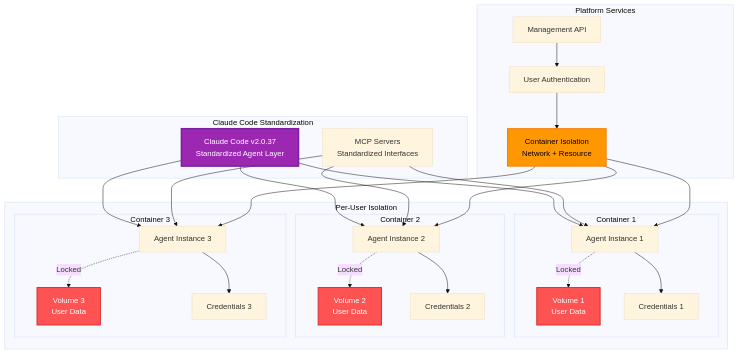
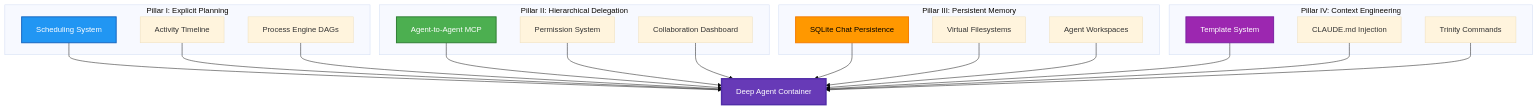
One commit to webmixgamer/trinity changed the second of 15 diagrams in docs/trinity-architecture-diagrams.md. Above: the diagram before and after it, drawn with Mermaid (base theme). The commit also changed other lines of this file and 83 other files, not shown here.

First line of the commit message:
feat: Skills management system and documentation updates

````diff
--- a/docs/trinity-architecture-diagrams.md
+++ b/docs/trinity-architecture-diagrams.md
@@ -66,61 +74,47 @@
 ```mermaid
 graph TB
-    subgraph "Claude Code Standardization"
-        CC[Claude Code v2.0.37<br/>Standardized Agent Layer]
-        MCP[MCP Servers<br/>Standardized Interfaces]
+    subgraph "Pillar I: Explicit Planning"
+        P1A[Scheduling System]
+        P1B[Activity Timeline]
+        P1C[Process Engine DAGs]
     end
-    
-    subgraph "Per-User Isolation"
-        subgraph Container1["Container 1"]
-            A1[Agent Instance 1]
-            V1[Volume 1<br/>User Data]
-            C1[Credentials 1]
-        end
-        
-        subgraph Container2["Container 2"]
-            A2[Agent Instance 2]
-            V2[Volume 2<br/>User Data]
-            C2[Credentials 2]
-        end
-        
-        subgraph Container3["Container 3"]
-            A3[Agent Instance 3]
-            V3[Volume 3<br/>User Data]
-            C3[Credentials 3]
-        end
+
+    subgraph "Pillar II: Hierarchical Delegation"
+        P2A[Agent-to-Agent MCP]
+        P2B[Permission System]
+        P2C[Collaboration Dashboard]
     end
-    
-    subgraph "Platform Services"
-        API[Management API]
-        AUTH[User Authentication]
-        ISO[Container Isolation<br/>Network + Resource]
+
+    subgraph "Pillar III: Persistent Memory"
+        P3A[SQLite Chat Persistence]
+        P3B[Virtual Filesystems]
+        P3C[Agent Workspaces]
     end
-    
-    CC --> A1
-    CC --> A2
-    CC --> A3
-    
-    MCP --> A1
-    MCP --> A2
-    MCP --> A3
-    
-    A1 -.->|Locked| V1
-    A2 -.->|Locked| V2
-    A3 -.->|Locked| V3
-    
-    A1 --> C1
-    A2 --> C2
-    A3 --> C3
-    
-    API --> AUTH
-    AUTH --> ISO
-    ISO --> A1
-    ISO --> A2
-    ISO --> A3
-    
-    style CC fill:#9C27B0,stroke:#7B1FA2,stroke-width:3px,color:#fff
-    style V1 fill:#FF5252,stroke:#D32F2F,stroke-width:2px,color:#fff
-    style V2 fill:#FF5252,stroke:#D32F2F,stroke-width:2px,color:#fff
-    style V3 fill:#FF5252,stroke:#D32F2F,stroke-width:2px,color:#fff
-    style ISO fill:#FF9800,stroke:#F57C00,stroke-width:2px,color:#000
+
+    subgraph "Pillar IV: Context Engineering"
+        P4A[Template System]
+        P4B[CLAUDE.md Injection]
+        P4C[Trinity Commands]
+    end
+
+    AGENT[Deep Agent Container]
+
+    P1A --> AGENT
+    P1B --> AGENT
+    P1C --> AGENT
+    P2A --> AGENT
+    P2B --> AGENT
+    P2C --> AGENT
+    P3A --> AGENT
+    P3B --> AGENT
+    P3C --> AGENT
+    P4A --> AGENT
+    P4B --> AGENT
+    P4C --> AGENT
+
+    style P1A fill:#2196F3,stroke:#1565C0,stroke-width:2px,color:#fff
+    style P2A fill:#4CAF50,stroke:#2E7D32,stroke-width:2px,color:#fff
+    style P3A fill:#FF9800,stroke:#F57C00,stroke-width:2px,color:#000
+    style P4A fill:#9C27B0,stroke:#7B1FA2,stroke-width:2px,color:#fff
+    style AGENT fill:#673AB7,stroke:#512DA8,stroke-width:3px,color:#fff
 ```
````
